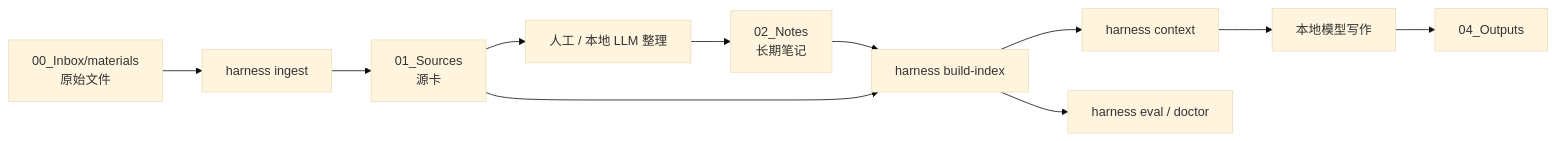
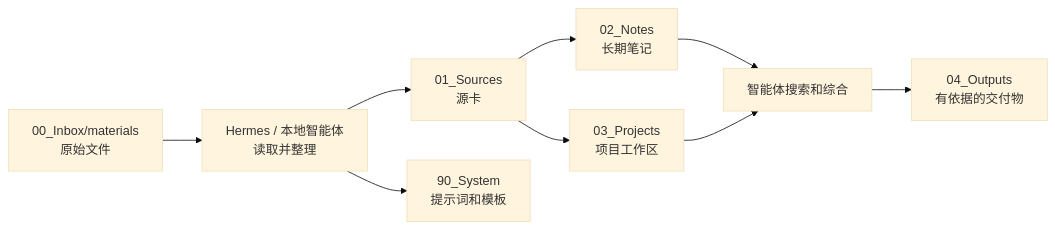
One commit to TongRao/wikiR changed the diagram in docs/zh/architecture.md. Above: the diagram before and after it, drawn with Mermaid (base theme). The commit also changed other lines of this file and 23 other files, not shown here.

First line of the commit message:
Refactor wikiR architecture and remove harness components

````diff
--- a/docs/zh/architecture.md
+++ b/docs/zh/architecture.md
@@ -5,13 +5,11 @@
 ```mermaid
 flowchart LR
-  A["00_Inbox/materials<br/>原始文件"] --> B["harness ingest"]
+  A["00_Inbox/materials<br/>原始文件"] --> B["Hermes / 本地智能体<br/>读取并整理"]
   B --> C["01_Sources<br/>源卡"]
-  C --> D["人工 / 本地 LLM 整理"]
-  D --> E["02_Notes<br/>长期笔记"]
-  E --> F["harness build-index"]
-  C --> F
-  F --> G["harness context"]
-  G --> H["本地模型写作"]
-  H --> I["04_Outputs"]
-  F --> J["harness eval / doctor"]
+  C --> D["02_Notes<br/>长期笔记"]
+  C --> E["03_Projects<br/>项目工作区"]
+  D --> F["智能体搜索和综合"]
+  E --> F
+  F --> G["04_Outputs<br/>有依据的交付物"]
+  B --> H["90_System<br/>提示词和模板"]
 ```
````
